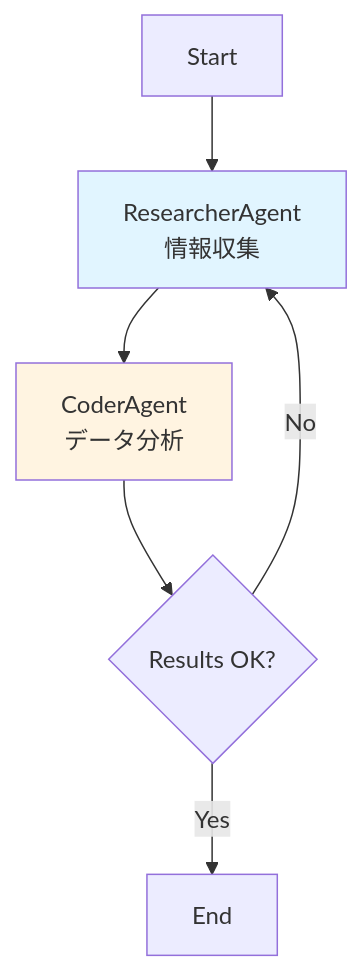
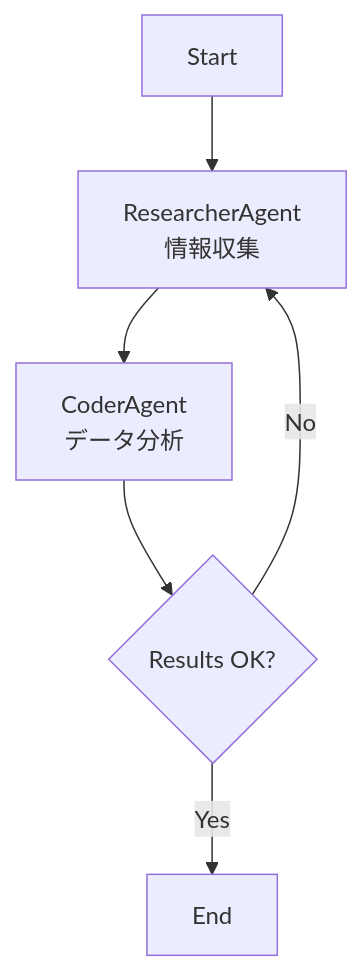
One commit to nomhiro/agent-framework-dealer-poc changed the third of 5 diagrams in blog/agent-framework-car-dealer-v2.md. Above: the diagram before and after it, drawn with Mermaid. The commit also changed other lines of this file, not shown here.

````diff
--- a/blog/agent-framework-car-dealer-v2.md
+++ b/blog/agent-framework-car-dealer-v2.md
@@ -320,11 +294,8 @@
 ```mermaid
 graph TB
     START[Start] --> AGENT_A[ResearcherAgent<br/>情報収集]
     AGENT_A --> AGENT_B[CoderAgent<br/>データ分析]
     AGENT_B --> DECISION{Results OK?}
     DECISION -->|Yes| END[End]
     DECISION -->|No| AGENT_A
-    
-    style AGENT_A fill:#e1f5ff
-    style AGENT_B fill:#fff4e1
 ```
````
